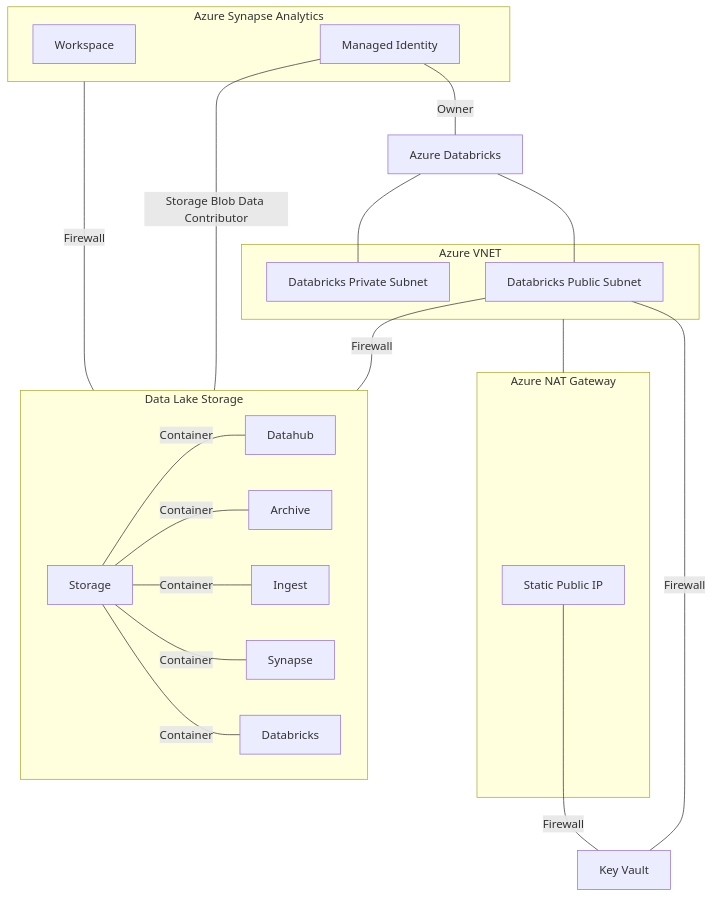
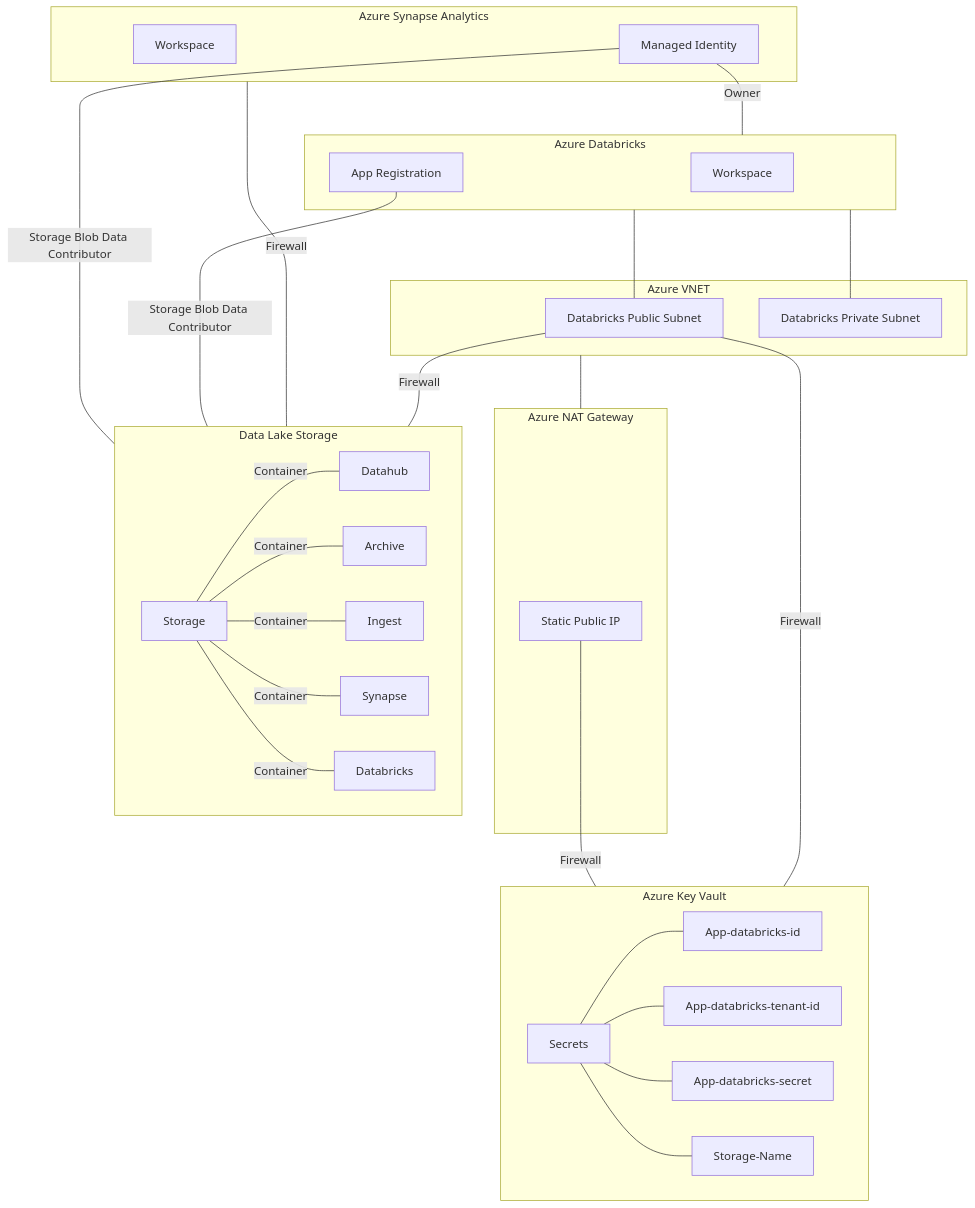
Before and after one commit to Qivada/ADA: the diagram in AzureDeployment/modern-data-platform/README.md, drawn with Mermaid.

```diff
--- a/AzureDeployment/modern-data-platform/README.md
+++ b/AzureDeployment/modern-data-platform/README.md
@@ -6,41 +6,52 @@
 ~~~mermaid
 graph TB
     subgraph VNET[Azure VNET]
         SNET_PUBLIC[Databricks Public Subnet]
         SNET_PRIVATE[Databricks Private Subnet]
     end
     
     subgraph NAT[Azure NAT Gateway]
         NAT_PUBLIC_IP[Static Public IP]
     end
     
     subgraph SYNAPSE_ANALYTICS[Azure Synapse Analytics]
       SYNAPSE_WORKSPACE[Workspace]
       SYNAPSE_WORKSPACE_MANAGED_IDENTITY[Managed Identity]      
     end
     
     subgraph DATA_LAKE[Data Lake Storage]
       DATA_LAKE_STORAGE[Storage]
       DATA_LAKE_STORAGE ---|Container| DATA_LAKE_STORAGE_CONTAINER_DATAHUB[Datahub]
       DATA_LAKE_STORAGE ---|Container| DATA_LAKE_STORAGE_CONTAINER_ARCHIVE[Archive]
       DATA_LAKE_STORAGE ---|Container| DATA_LAKE_STORAGE_CONTAINER_INGEST[Ingest]
       DATA_LAKE_STORAGE ---|Container| DATA_LAKE_STORAGE_CONTAINER_SYNAPSE[Synapse]
       DATA_LAKE_STORAGE ---|Container| DATA_LAKE_STORAGE_CONTAINER_DATABRICKS[Databricks]
     end
     
     VNET --- NAT
     
-    DATABRICKS[Azure Databricks]
-    KEY_VAULT[Key Vault]    
+    subgraph DATABRICKS[Azure Databricks]
+        DATABRICKS_WORKSPACE[Workspace]
+        DATABRICKS_APP_REGISTRATION[App Registration]
+    end
+    
+    subgraph KEY_VAULT[Azure Key Vault]
+        KEY_VAULT_SECRETS[Secrets]
+        KEY_VAULT_SECRETS --- KEY_VAULT_SECRET_001[App-databricks-id]
+        KEY_VAULT_SECRETS --- KEY_VAULT_SECRET_002[App-databricks-tenant-id]
+        KEY_VAULT_SECRETS --- KEY_VAULT_SECRET_003[App-databricks-secret]
+        KEY_VAULT_SECRETS --- KEY_VAULT_SECRET_004[Storage-Name]
+    end
     
     DATABRICKS --- SNET_PUBLIC
     DATABRICKS --- SNET_PRIVATE
     
     SYNAPSE_WORKSPACE_MANAGED_IDENTITY ---|Storage Blob Data Contributor|DATA_LAKE
     SYNAPSE_WORKSPACE_MANAGED_IDENTITY ---|Owner|DATABRICKS
+    DATABRICKS_APP_REGISTRATION ---|Storage Blob Data Contributor|DATA_LAKE
     
     NAT_PUBLIC_IP ---|Firewall|KEY_VAULT    
     SYNAPSE_ANALYTICS ---|Firewall|DATA_LAKE
     SNET_PUBLIC ---|Firewall|DATA_LAKE
     SNET_PUBLIC ---|Firewall|KEY_VAULT
 ~~~
```
